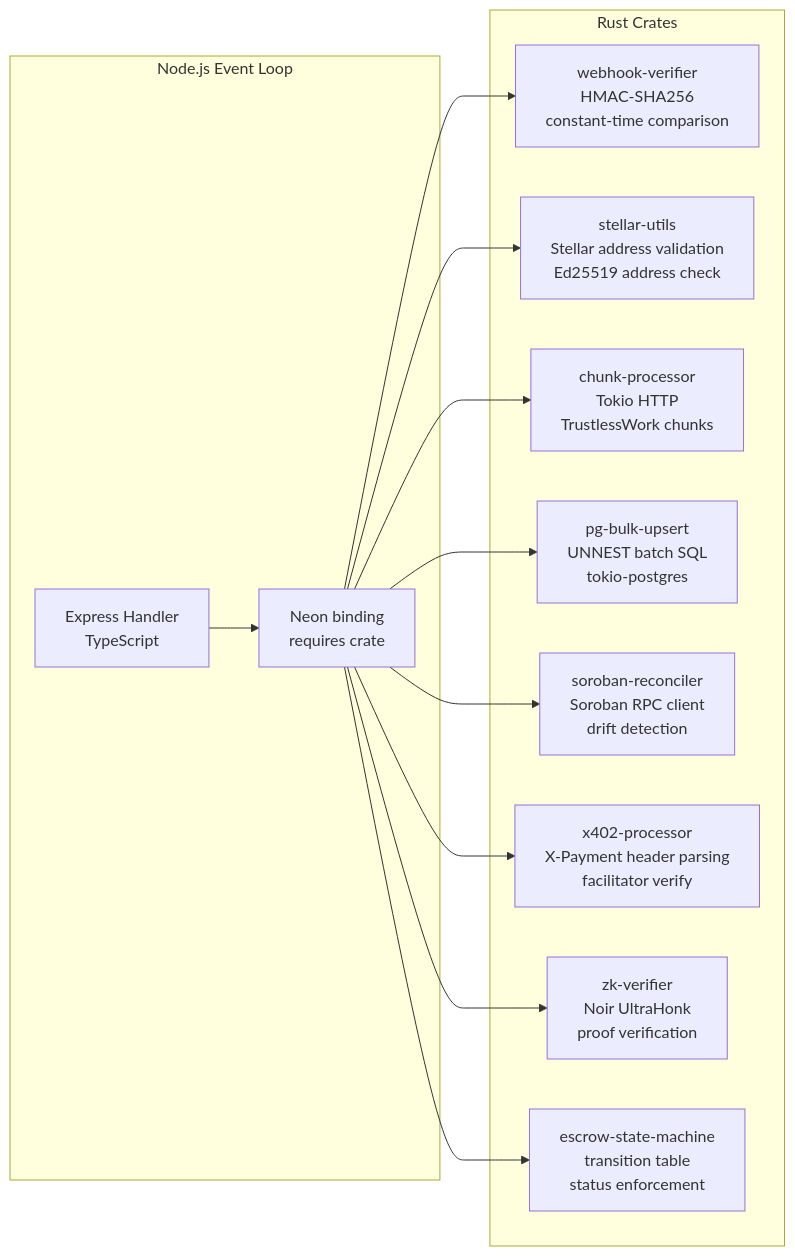
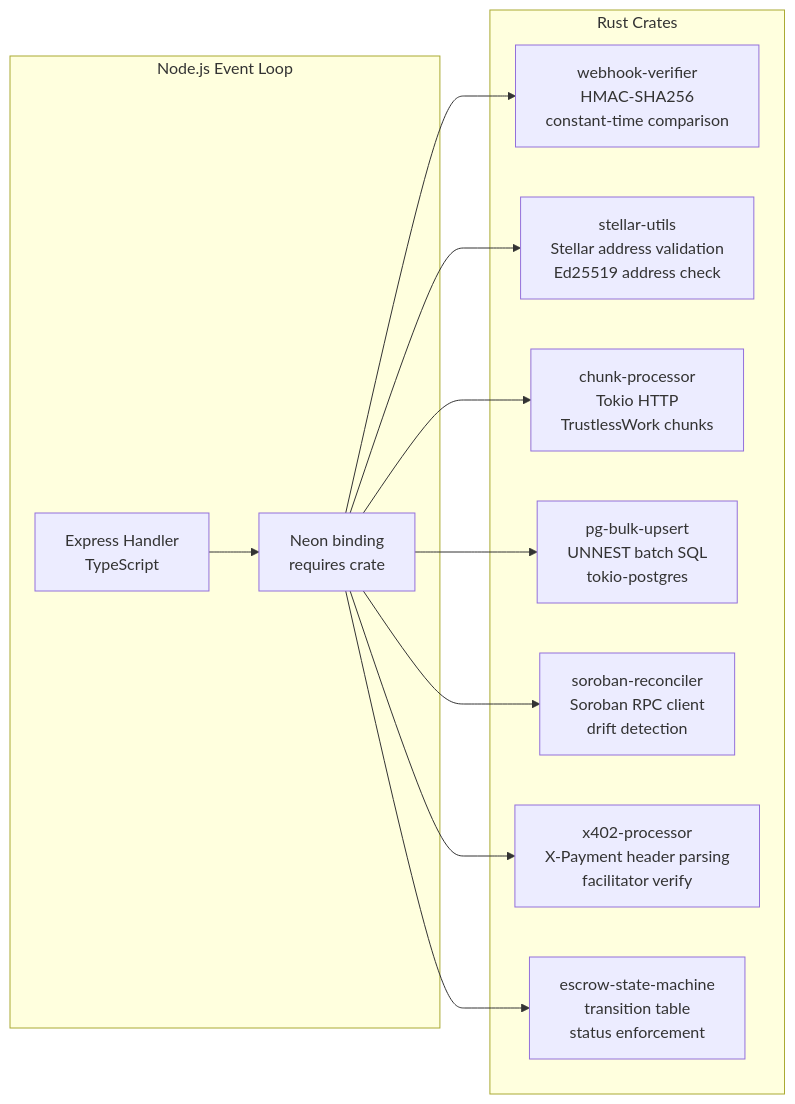
The diagram in docs/architecture/rust-crates.md (safetrustcr/backend-SafeTrust), drawn with Mermaid before and after one commit. The commit also changed other lines of this file and 30 other files, not shown here.

````diff
--- a/docs/architecture/rust-crates.md
+++ b/docs/architecture/rust-crates.md
@@ -23,28 +23,26 @@
 ```mermaid
 flowchart LR
     subgraph node["Node.js Event Loop"]
         express["Express Handler\nTypeScript"]
         ffi["Neon binding\nrequires crate"]
     end
 
     subgraph rust["Rust Crates"]
         webhook["webhook-verifier\nHMAC-SHA256\nconstant-time comparison"]
         stellar["stellar-utils\nStellar address validation\nEd25519 address check"]
         chunks["chunk-processor\nTokio HTTP\nTrustlessWork chunks"]
         pg["pg-bulk-upsert\nUNNEST batch SQL\ntokio-postgres"]
         soroban["soroban-reconciler\nSoroban RPC client\ndrift detection"]
         x402["x402-processor\nX-Payment header parsing\nfacilitator verify"]
-        zk["zk-verifier\nNoir UltraHonk\nproof verification"]
         escrow["escrow-state-machine\ntransition table\nstatus enforcement"]
     end
 
     express --> ffi
     ffi --> webhook
     ffi --> stellar
     ffi --> chunks
     ffi --> pg
     ffi --> soroban
     ffi --> x402
-    ffi --> zk
     ffi --> escrow
 ```
````
